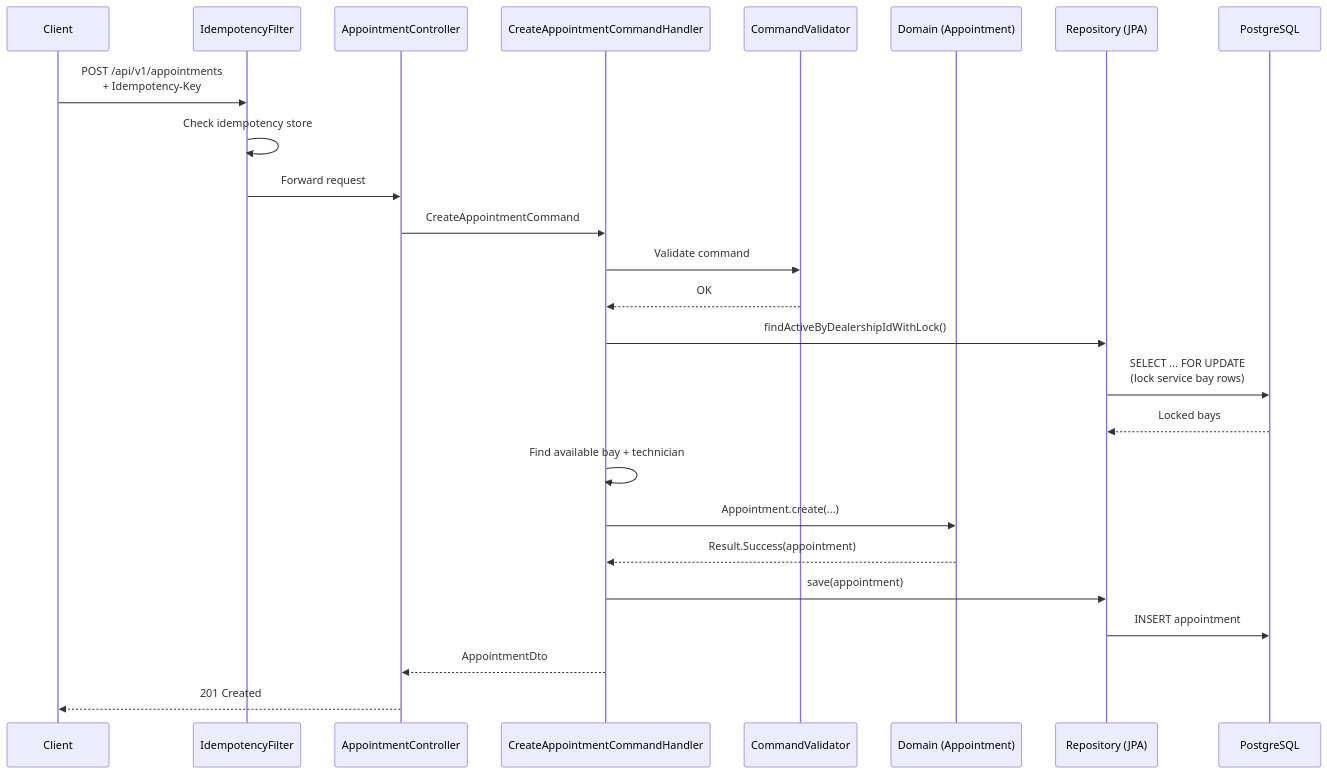
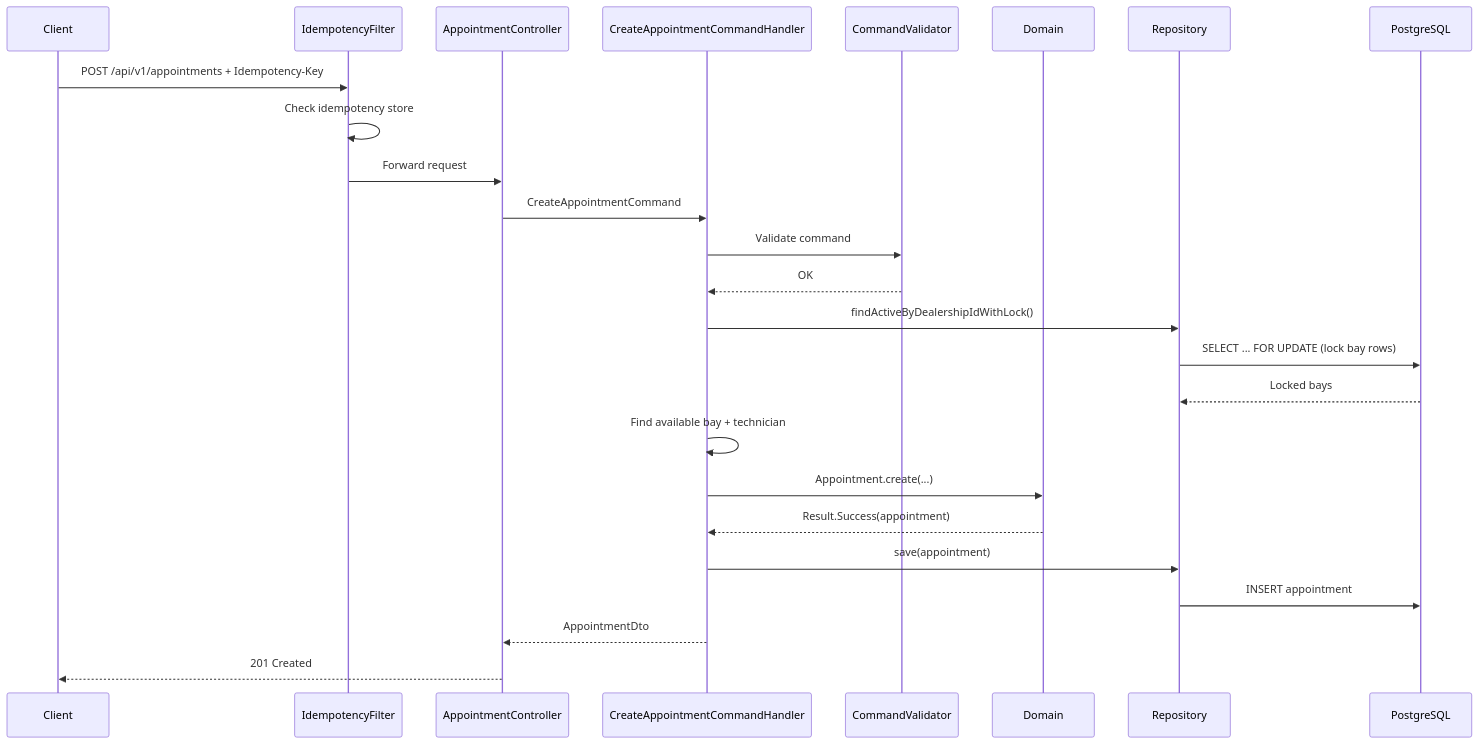
Before and after one commit to huuddd/Keyloop-OA: the third of 8 diagrams in README.md, drawn with Mermaid. The commit also changed other lines of this file, not shown here.

First line of the commit message:
fix: correct Mermaid syntax errors in README diagrams

````diff
--- a/README.md
+++ b/README.md
@@ -48,28 +48,28 @@
 ```mermaid
 sequenceDiagram
     participant C as Client
     participant F as IdempotencyFilter
     participant Ctrl as AppointmentController
     participant H as CreateAppointmentCommandHandler
     participant V as CommandValidator
-    participant D as Domain (Appointment)
-    participant R as Repository (JPA)
+    participant D as Domain
+    participant R as Repository
     participant DB as PostgreSQL
 
-    C->>F: POST /api/v1/appointments<br/>+ Idempotency-Key
+    C->>F: POST /api/v1/appointments + Idempotency-Key
     F->>F: Check idempotency store
     F->>Ctrl: Forward request
     Ctrl->>H: CreateAppointmentCommand
     H->>V: Validate command
     V-->>H: OK
     H->>R: findActiveByDealershipIdWithLock()
-    R->>DB: SELECT ... FOR UPDATE<br/>(lock service bay rows)
+    R->>DB: SELECT ... FOR UPDATE (lock bay rows)
     DB-->>R: Locked bays
     H->>H: Find available bay + technician
     H->>D: Appointment.create(...)
     D-->>H: Result.Success(appointment)
     H->>R: save(appointment)
     R->>DB: INSERT appointment
     H-->>Ctrl: AppointmentDto
     Ctrl-->>C: 201 Created
 ```
````
